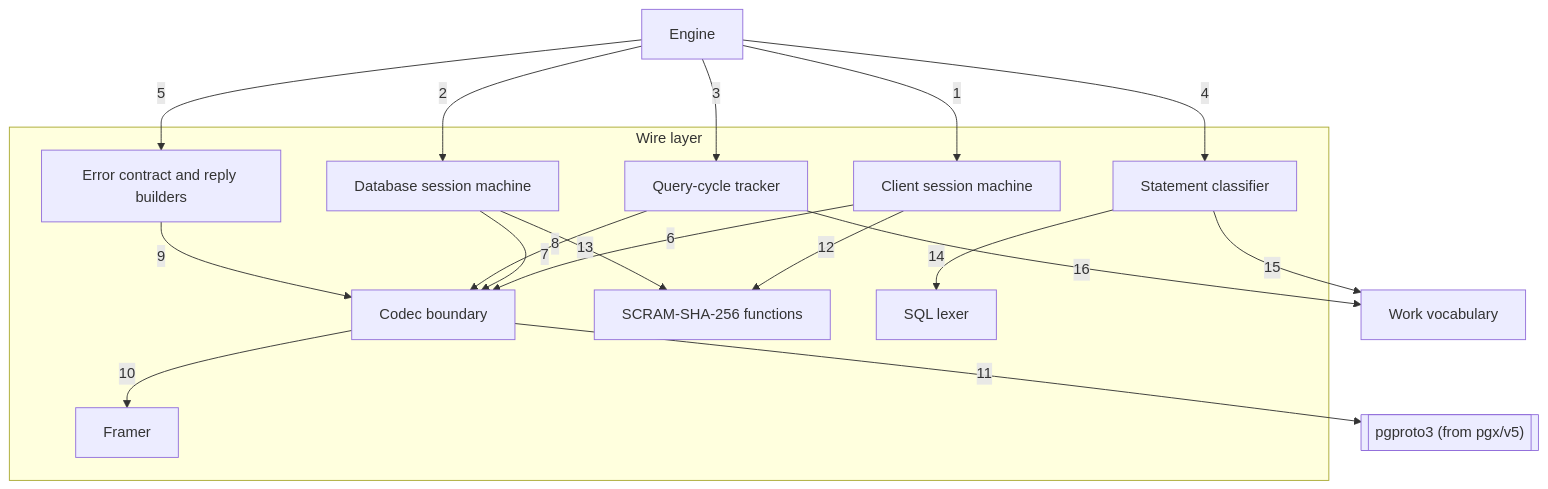
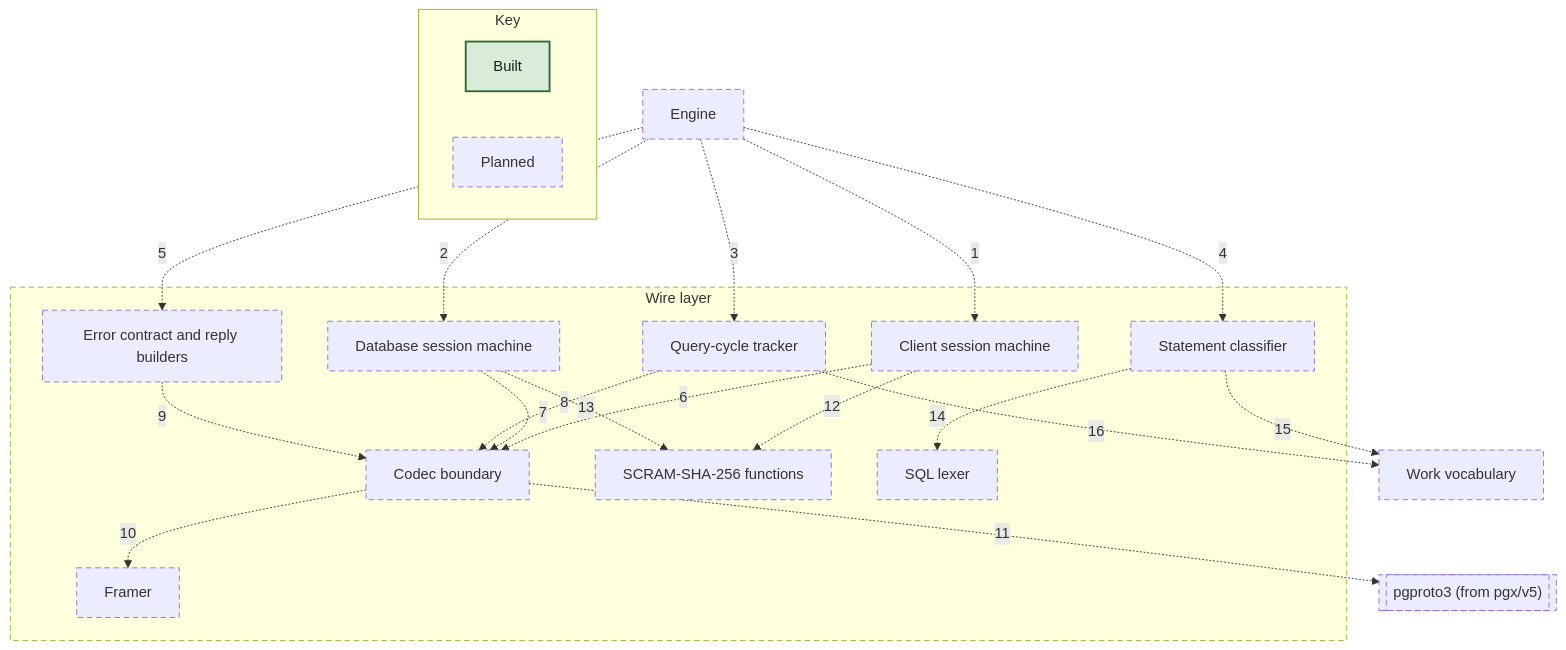
The diagram in docs/c4/06-component-wire-layer.md (nickstrad/mini-gateway), drawn with Mermaid before and after one commit. The commit also changed other lines of this file and 28 other files, not shown here.

````diff
--- a/docs/c4/06-component-wire-layer.md
+++ b/docs/c4/06-component-wire-layer.md
@@ -7,33 +9,40 @@
 ```mermaid
 flowchart TB
-  N_ENGINE["Engine"]
-  N_WORK["Work vocabulary"]
-  PGPROTO3[["pgproto3 (from pgx/v5)"]]
+  N_ENGINE["Engine"]:::planned
+  N_WORK["Work vocabulary"]:::planned
+  PGPROTO3[["pgproto3 (from pgx/v5)"]]:::planned
   subgraph SCOPE["Wire layer"]
-    W_FRAMER["Framer"]
-    W_CODEC["Codec boundary"]
-    W_CLIENT["Client session machine"]
-    W_BACKEND["Database session machine"]
-    W_CYCLE["Query-cycle tracker"]
-    W_SCRAM["SCRAM-SHA-256 functions"]
-    W_LEXER["SQL lexer"]
-    W_CLASSIFIER["Statement classifier"]
-    W_ERRORS["Error contract and reply builders"]
+    W_FRAMER["Framer"]:::planned
+    W_CODEC["Codec boundary"]:::planned
+    W_CLIENT["Client session machine"]:::planned
+    W_BACKEND["Database session machine"]:::planned
+    W_CYCLE["Query-cycle tracker"]:::planned
+    W_SCRAM["SCRAM-SHA-256 functions"]:::planned
+    W_LEXER["SQL lexer"]:::planned
+    W_CLASSIFIER["Statement classifier"]:::planned
+    W_ERRORS["Error contract and reply builders"]:::planned
   end
-  N_ENGINE -->|1| W_CLIENT
-  N_ENGINE -->|2| W_BACKEND
-  N_ENGINE -->|3| W_CYCLE
-  N_ENGINE -->|4| W_CLASSIFIER
-  N_ENGINE -->|5| W_ERRORS
-  W_CLIENT -->|6| W_CODEC
-  W_BACKEND -->|7| W_CODEC
-  W_CYCLE -->|8| W_CODEC
-  W_ERRORS -->|9| W_CODEC
-  W_CODEC -->|10| W_FRAMER
-  W_CODEC -->|11| PGPROTO3
-  W_CLIENT -->|12| W_SCRAM
-  W_BACKEND -->|13| W_SCRAM
-  W_CLASSIFIER -->|14| W_LEXER
-  W_CLASSIFIER -->|15| N_WORK
-  W_CYCLE -->|16| N_WORK
+  N_ENGINE -.->|1| W_CLIENT
+  N_ENGINE -.->|2| W_BACKEND
+  N_ENGINE -.->|3| W_CYCLE
+  N_ENGINE -.->|4| W_CLASSIFIER
+  N_ENGINE -.->|5| W_ERRORS
+  W_CLIENT -.->|6| W_CODEC
+  W_BACKEND -.->|7| W_CODEC
+  W_CYCLE -.->|8| W_CODEC
+  W_ERRORS -.->|9| W_CODEC
+  W_CODEC -.->|10| W_FRAMER
+  W_CODEC -.->|11| PGPROTO3
+  W_CLIENT -.->|12| W_SCRAM
+  W_BACKEND -.->|13| W_SCRAM
+  W_CLASSIFIER -.->|14| W_LEXER
+  W_CLASSIFIER -.->|15| N_WORK
+  W_CYCLE -.->|16| N_WORK
+  subgraph KEY["Key"]
+    KEY_BUILT["Built"]:::built
+    KEY_PLANNED["Planned"]:::planned
+  end
+  classDef built fill:#d9ecd9,stroke:#2e6b34,stroke-width:2px,color:#1c1e21
+  classDef planned stroke-width:1px,stroke-dasharray:6 4
+  style SCOPE stroke-dasharray:6 4
 ```
````
